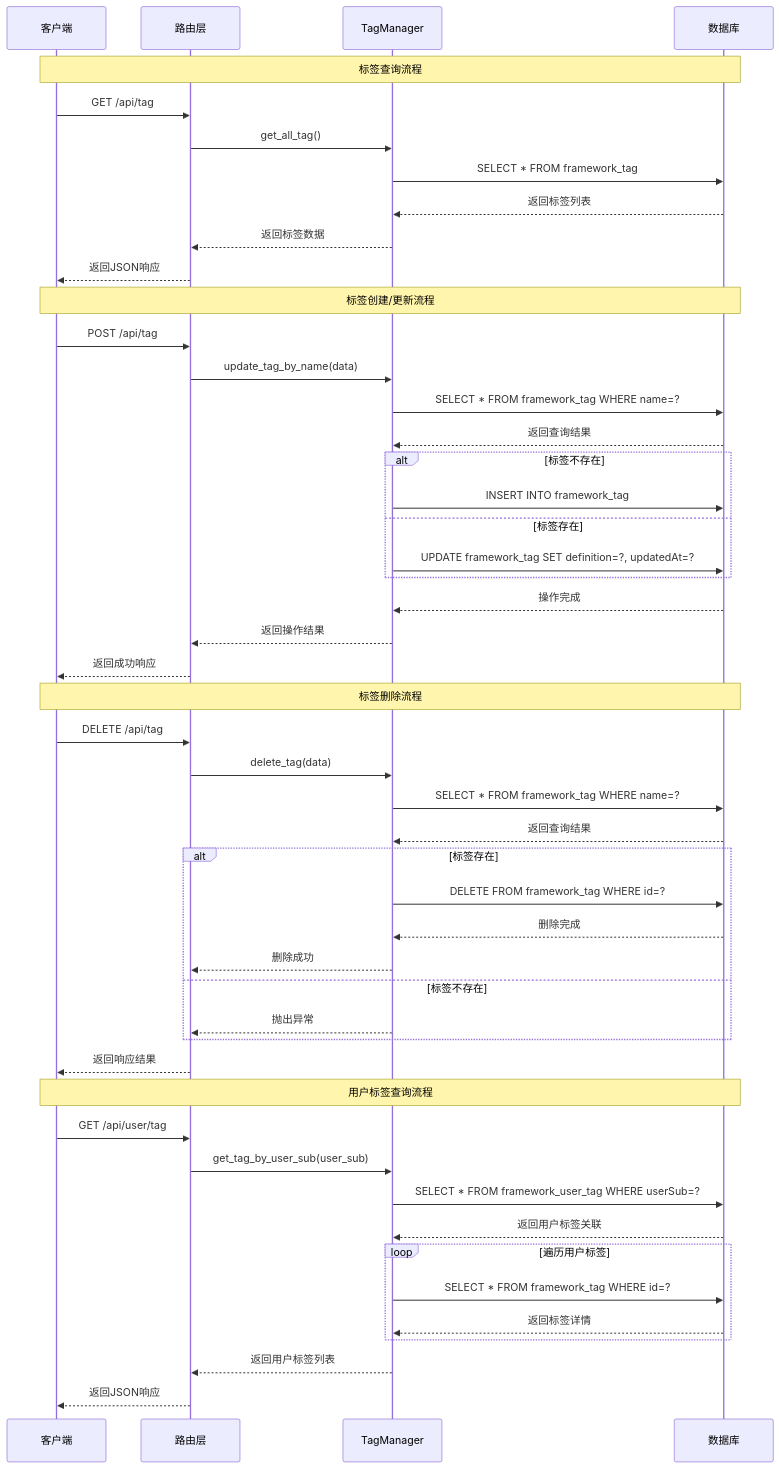
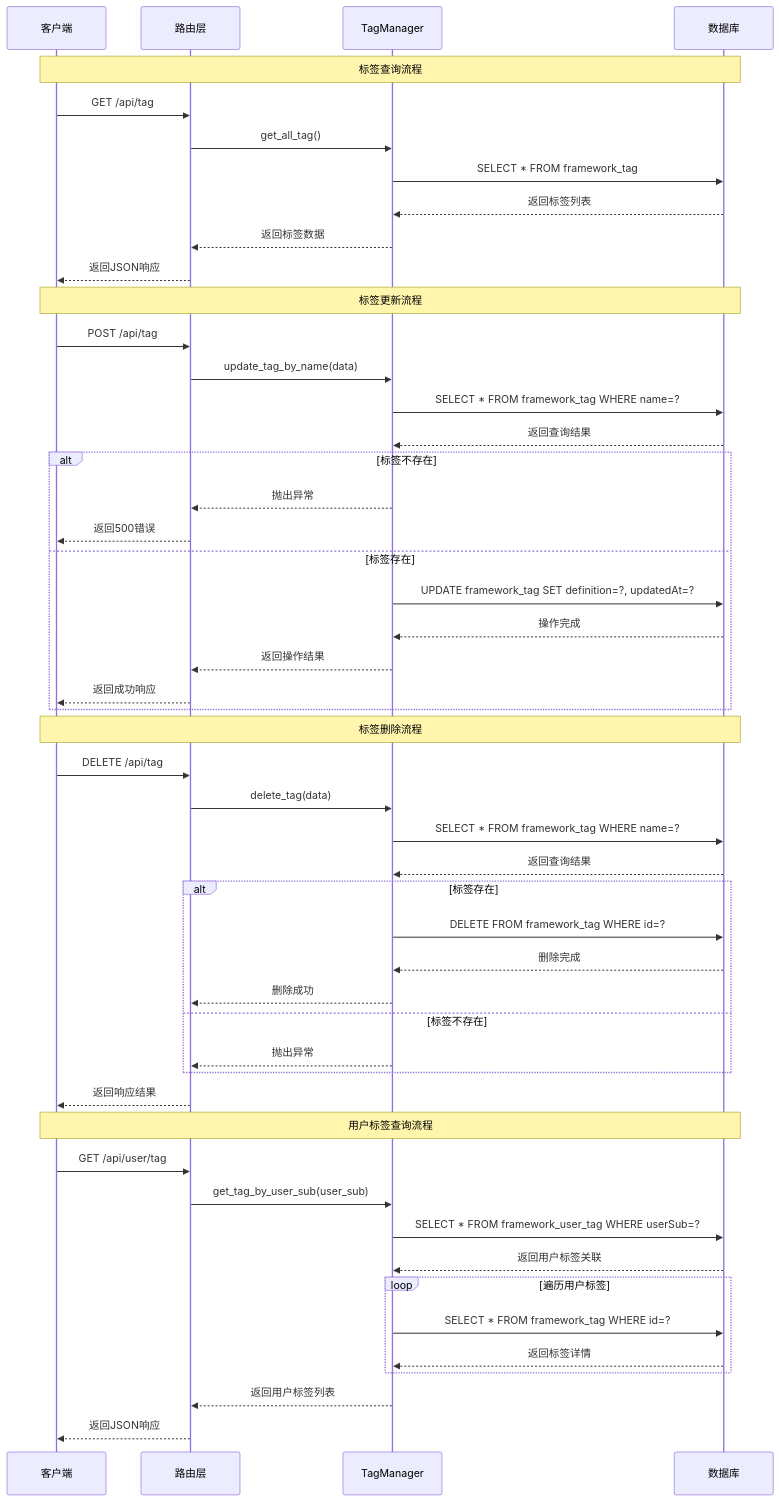
Before and after one commit to HongyuS/euler-copilot-framework: the second of 4 diagrams in design/services/tag.md, drawn with Mermaid. The commit also changed other lines of this file and 7 other files, not shown here.

````diff
--- a/design/services/tag.md
+++ b/design/services/tag.md
@@ -96,55 +96,56 @@
 ```mermaid
 sequenceDiagram
     participant Client as 客户端
     participant Router as 路由层
     participant Service as TagManager
     participant DB as 数据库
 
     Note over Client, DB: 标签查询流程
     Client->>Router: GET /api/tag
     Router->>Service: get_all_tag()
     Service->>DB: SELECT * FROM framework_tag
     DB-->>Service: 返回标签列表
     Service-->>Router: 返回标签数据
     Router-->>Client: 返回JSON响应
 
-    Note over Client, DB: 标签创建/更新流程
+    Note over Client, DB: 标签更新流程
     Client->>Router: POST /api/tag
     Router->>Service: update_tag_by_name(data)
     Service->>DB: SELECT * FROM framework_tag WHERE name=?
     DB-->>Service: 返回查询结果
     alt 标签不存在
-        Service->>DB: INSERT INTO framework_tag
+        Service-->>Router: 抛出异常
+        Router-->>Client: 返回500错误
     else 标签存在
         Service->>DB: UPDATE framework_tag SET definition=?, updatedAt=?
+        DB-->>Service: 操作完成
+        Service-->>Router: 返回操作结果
+        Router-->>Client: 返回成功响应
     end
-    DB-->>Service: 操作完成
-    Service-->>Router: 返回操作结果
-    Router-->>Client: 返回成功响应
 
     Note over Client, DB: 标签删除流程
     Client->>Router: DELETE /api/tag
     Router->>Service: delete_tag(data)
     Service->>DB: SELECT * FROM framework_tag WHERE name=?
     DB-->>Service: 返回查询结果
     alt 标签存在
         Service->>DB: DELETE FROM framework_tag WHERE id=?
         DB-->>Service: 删除完成
         Service-->>Router: 删除成功
     else 标签不存在
         Service-->>Router: 抛出异常
     end
     Router-->>Client: 返回响应结果
 
     Note over Client, DB: 用户标签查询流程
     Client->>Router: GET /api/user/tag
     Router->>Service: get_tag_by_user_sub(user_sub)
     Service->>DB: SELECT * FROM framework_user_tag WHERE userSub=?
     DB-->>Service: 返回用户标签关联
     loop 遍历用户标签
         Service->>DB: SELECT * FROM framework_tag WHERE id=?
         DB-->>Service: 返回标签详情
     end
     Service-->>Router: 返回用户标签列表
     Router-->>Client: 返回JSON响应
 ```
````
